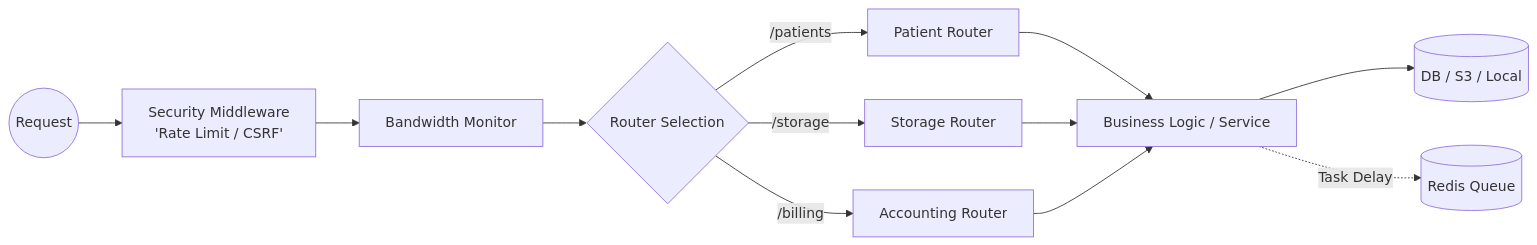
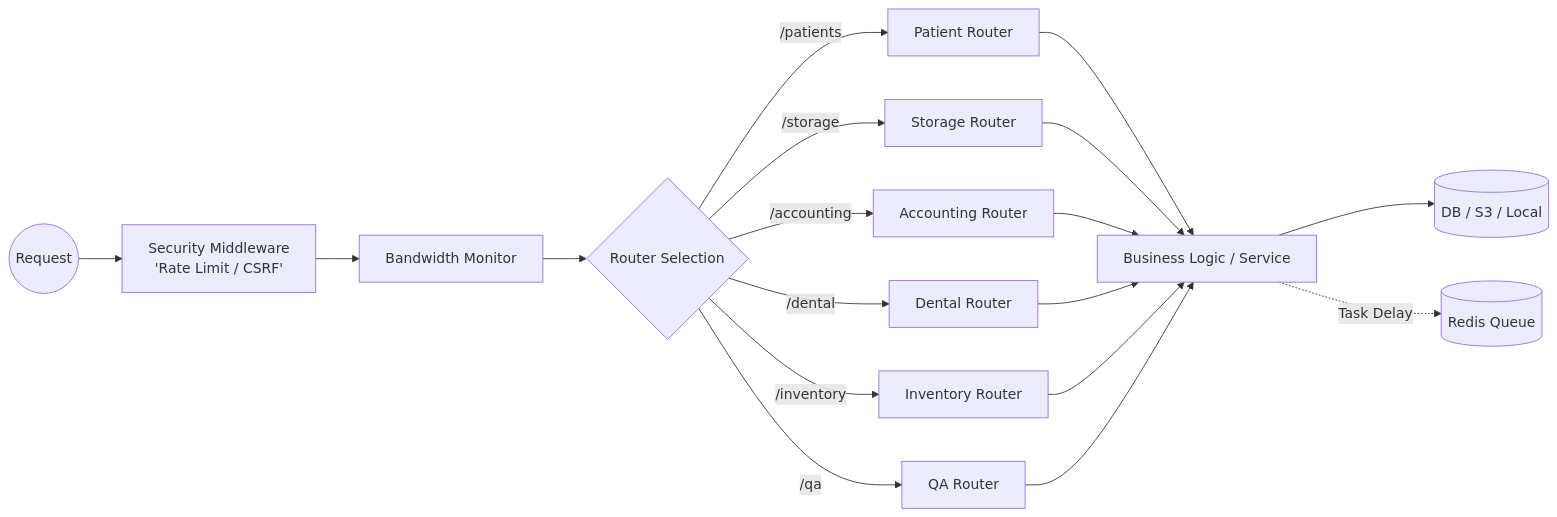
Before and after one commit to digifortlabs/digifortlabs: the fourth of 4 diagrams in docs/workflow_diagrams.md, drawn with Mermaid. The commit also changed other lines of this file and 56 other files, not shown here.

````diff
--- a/docs/workflow_diagrams.md
+++ b/docs/workflow_diagrams.md
@@ -117,14 +119,17 @@
 ```mermaid
 graph LR
     Req((Request)) --> Sec[Security Middleware<br/>'Rate Limit / CSRF']
     Sec --> Bandwidth[Bandwidth Monitor]
     Bandwidth --> Router{Router Selection}
     
     Router -->|/patients| PR[Patient Router]
     Router -->|/storage| SR[Storage Router]
-    Router -->|/billing| AR[Accounting Router]
+    Router -->|/accounting| AR[Accounting Router]
+    Router -->|/dental| DR[Dental Router]
+    Router -->|/inventory| IR[Inventory Router]
+    Router -->|/qa| QR[QA Router]
     
-    PR & SR & AR --> Logic[Business Logic / Service]
+    PR & SR & AR & DR & IR & QR --> Logic[Business Logic / Service]
     Logic --> Persistence[(DB / S3 / Local)]
     Logic -.->|Task Delay| Redis[(Redis Queue)]
 ```
````
